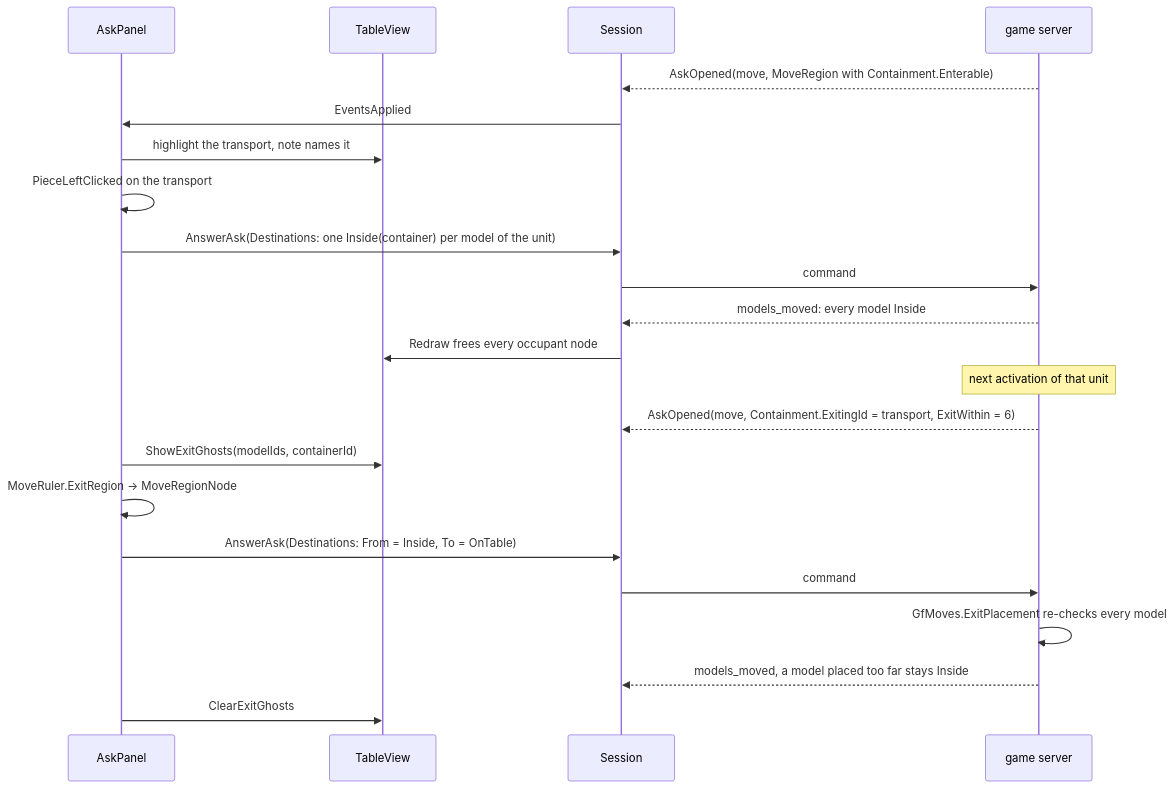
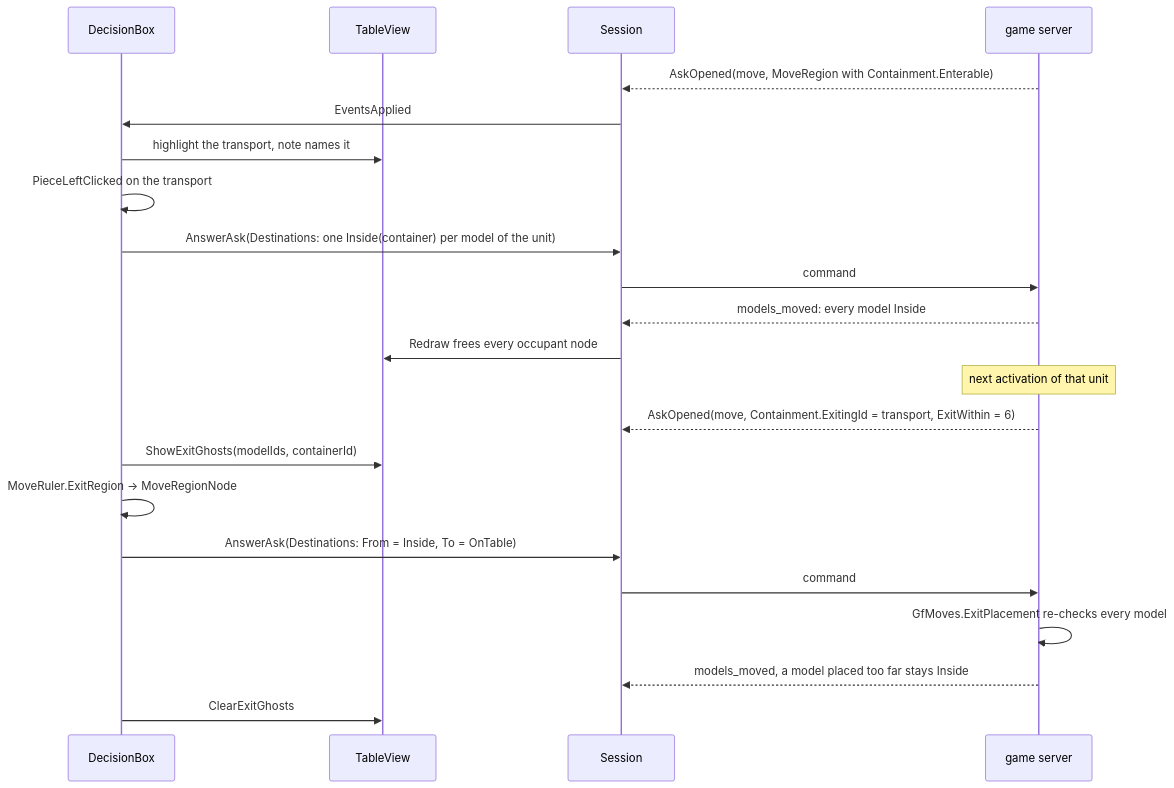
Before and after one commit to cstupi/tabletop: diagram 13 of 13 in docs/design/client/design.md, drawn with Mermaid. The commit also changed other lines of this file and 10 other files, not shown here.

````diff
--- a/docs/design/client/design.md
+++ b/docs/design/client/design.md
@@ -1216,24 +1265,24 @@
 ```mermaid
 sequenceDiagram
-  participant AP as AskPanel
+  participant AP as DecisionBox
   participant TV as TableView
   participant S as Session
   participant GS as game server
   GS-->>S: AskOpened(move, MoveRegion with Containment.Enterable)
   S->>AP: EventsApplied
   AP->>TV: highlight the transport, note names it
   AP->>AP: PieceLeftClicked on the transport
   AP->>S: AnswerAsk(Destinations: one Inside(container) per model of the unit)
   S->>GS: command
   GS-->>S: models_moved: every model Inside
   S->>TV: Redraw frees every occupant node
   Note over GS: next activation of that unit
   GS-->>S: AskOpened(move, Containment.ExitingId = transport, ExitWithin = 6)
   AP->>TV: ShowExitGhosts(modelIds, containerId)
   AP->>AP: MoveRuler.ExitRegion -> MoveRegionNode
   AP->>S: AnswerAsk(Destinations: From = Inside, To = OnTable)
   S->>GS: command
   GS->>GS: GfMoves.ExitPlacement re-checks every model
   GS-->>S: models_moved, a model placed too far stays Inside
   AP->>TV: ClearExitGhosts
 ```
````
